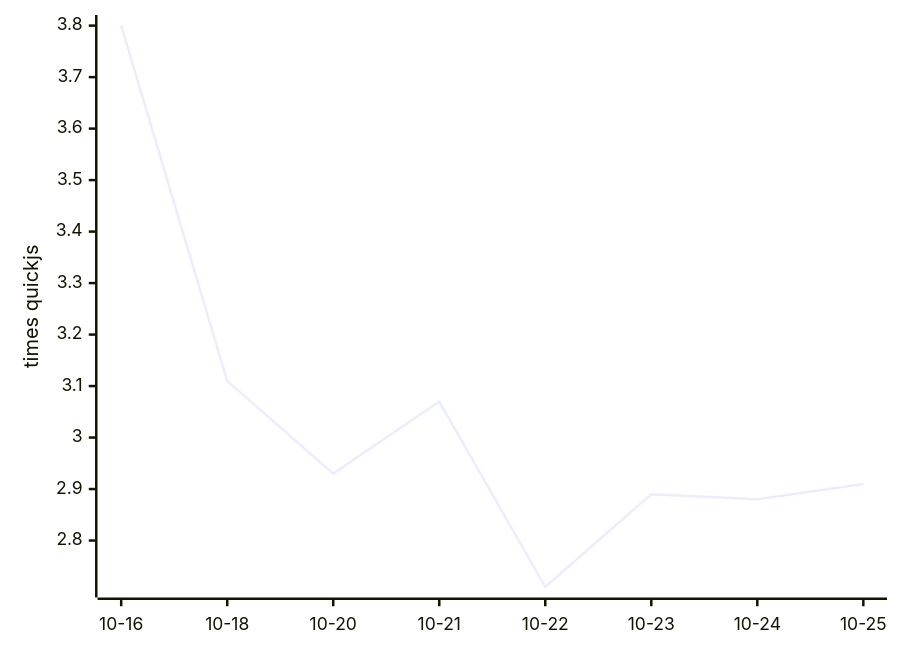
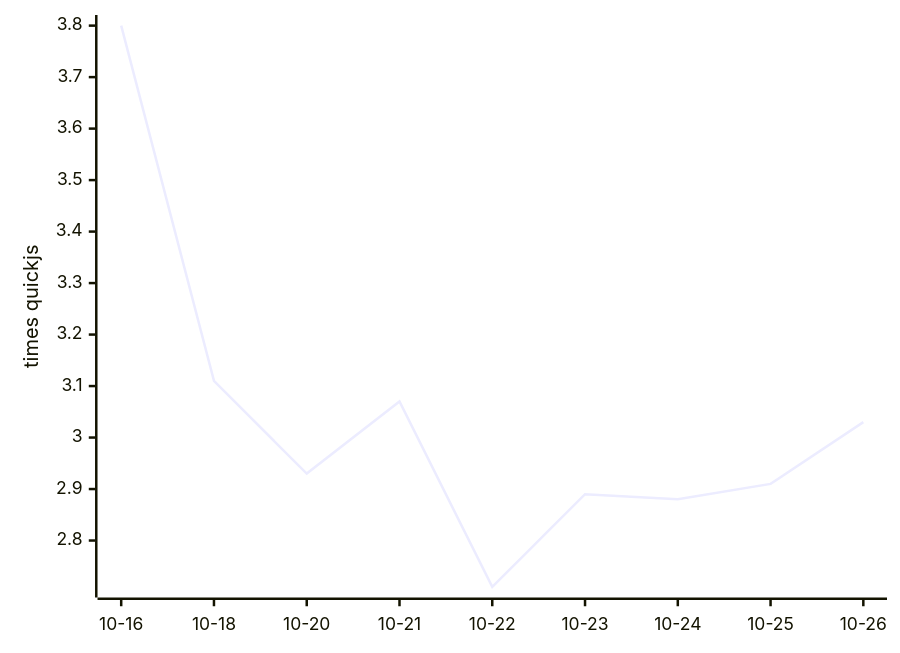
One commit to mozzius/kahvi changed the diagram in README.md. Above: the diagram before and after it, drawn with Mermaid. The commit also changed other lines of this file and 1 other file, not shown here.

````diff
--- a/README.md
+++ b/README.md
@@ -9,6 +9,6 @@
 ```mermaid
 xychart-beta
-  x-axis ["10-16", "10-18", "10-20", "10-21", "10-22", "10-23", "10-24", "10-25"]
+  x-axis ["10-16", "10-18", "10-20", "10-21", "10-22", "10-23", "10-24", "10-25", "10-26"]
   y-axis "times quickjs"
-  line [3.80, 3.11, 2.93, 3.07, 2.71, 2.89, 2.88, 2.91]
+  line [3.80, 3.11, 2.93, 3.07, 2.71, 2.89, 2.88, 2.91, 3.03]
 ```
````
